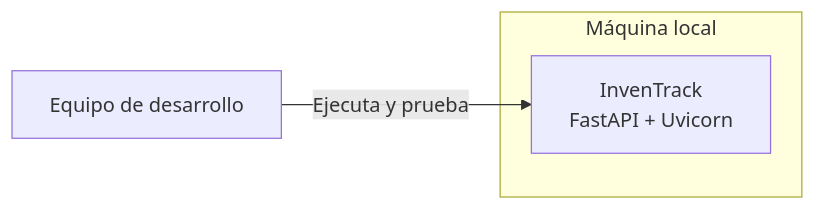
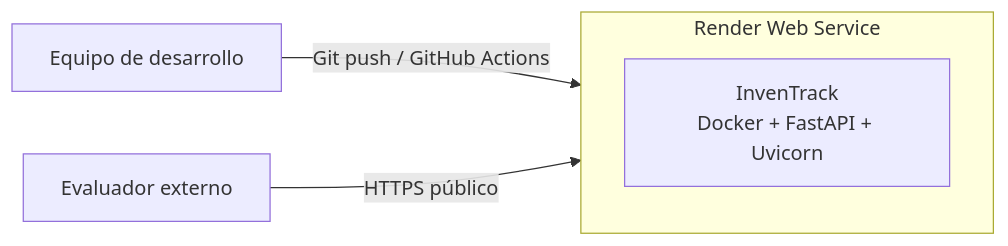
One commit to ISCOUTB/AS_202620_InvenTrack changed the fifth of 7 diagrams in docs/arc42/arc42-template-EN.md. Above: the diagram before and after it, drawn with Mermaid. The commit also changed other lines of this file and 9 other files, not shown here.

````diff
--- a/docs/arc42/arc42-template-EN.md
+++ b/docs/arc42/arc42-template-EN.md
@@ -405,13 +408,14 @@
 ```mermaid
 flowchart LR
 
     DEV["Equipo de desarrollo"]
 
-    subgraph LOCAL["Máquina local"]
+    subgraph CLOUD["Render Web Service"]
 
-        APP["InvenTrack<br/>FastAPI + Uvicorn"]
+      APP["InvenTrack<br/>Docker + FastAPI + Uvicorn"]
 
     end
 
-    DEV -->|"Ejecuta y prueba"| APP
+    DEV -->|"Git push / GitHub Actions"| CLOUD
+    USER["Evaluador externo"] -->|"HTTPS público"| CLOUD
 ```
````
